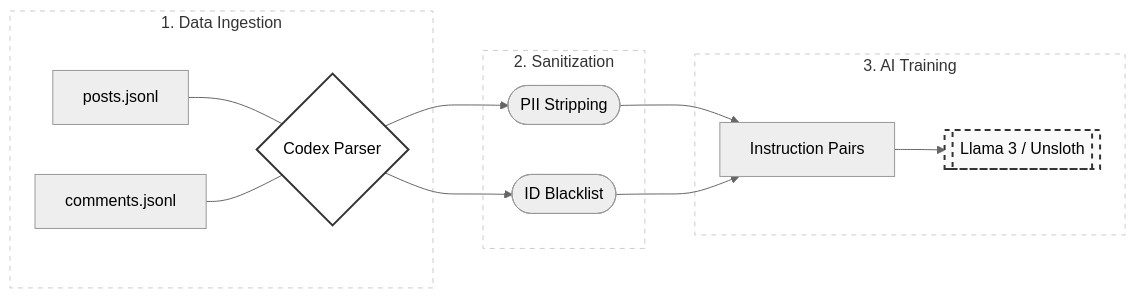
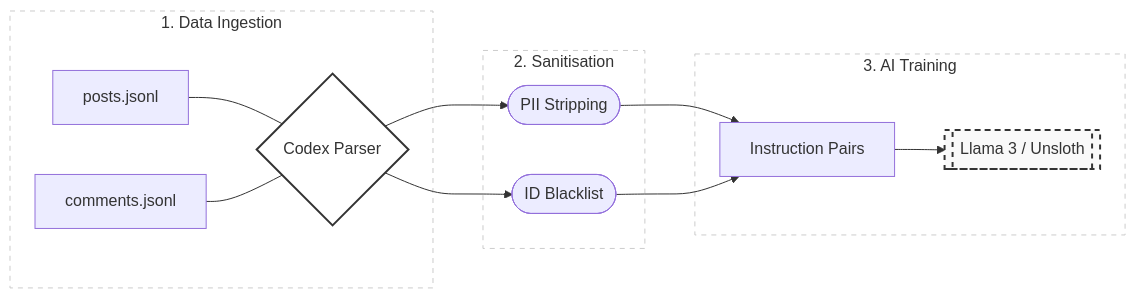
The diagram in README.md (andrewjee81/ZombieWaves-AI-Codex), drawn with Mermaid before and after one commit. The commit also changed other lines of this file, not shown here.

````diff
--- a/README.md
+++ b/README.md
@@ -20,31 +20,31 @@
 ```mermaid
 ---
 config:
-  layout: dagre
-  look: classic
-  theme: neutral
+layout: dagre
+look: classic
+theme: neutral
 ---
 graph LR
-    subgraph Ingestion ["1. Data Ingestion"]
-    A1[posts.jsonl] --- B
-    A2[comments.jsonl] --- B
-    B{Codex Parser}
-    end
+subgraph Ingestion ["1. Data Ingestion"]
+A1[posts.jsonl] --- B
+A2[comments.jsonl] --- B
+B{Codex Parser}
+end
 
-    subgraph Sanitization ["2. Sanitization"]
-    B --> C([PII Stripping])
-    B --> D([ID Blacklist])
-    end
+subgraph Sanitisation ["2. Sanitisation"]
+B --> C([PII Stripping])
+B --> D([ID Blacklist])
+end
 
-    subgraph Training ["3. AI Training"]
-    C & D --> E[Instruction Pairs]
-    E --> F[[Llama 3 / Unsloth]]
-    end
+subgraph Training ["3. AI Training"]
+C & D --> E[Instruction Pairs]
+E --> F[[Llama 3 / Unsloth]]
+end
 
-    %% Minimalist Styling
-    style B fill:#fff,stroke:#333,stroke-width:2px
-    style F fill:#f9f9f9,stroke:#333,stroke-width:2px,stroke-dasharray: 5 5
-    style Ingestion fill:none,stroke:#ccc,stroke-dasharray: 5 5
-    style Sanitization fill:none,stroke:#ccc,stroke-dasharray: 5 5
-    style Training fill:none,stroke:#ccc,stroke-dasharray: 5 5
+%% Minimalist Styling
+style B fill:#fff,stroke:#333,stroke-width:2px
+style F fill:#f9f9f9,stroke:#333,stroke-width:2px,stroke-dasharray: 5 5
+style Ingestion fill:none,stroke:#ccc,stroke-dasharray: 5 5
+style Sanitisation fill:none,stroke:#ccc,stroke-dasharray: 5 5
+style Training fill:none,stroke:#ccc,stroke-dasharray: 5 5
 ```
````
